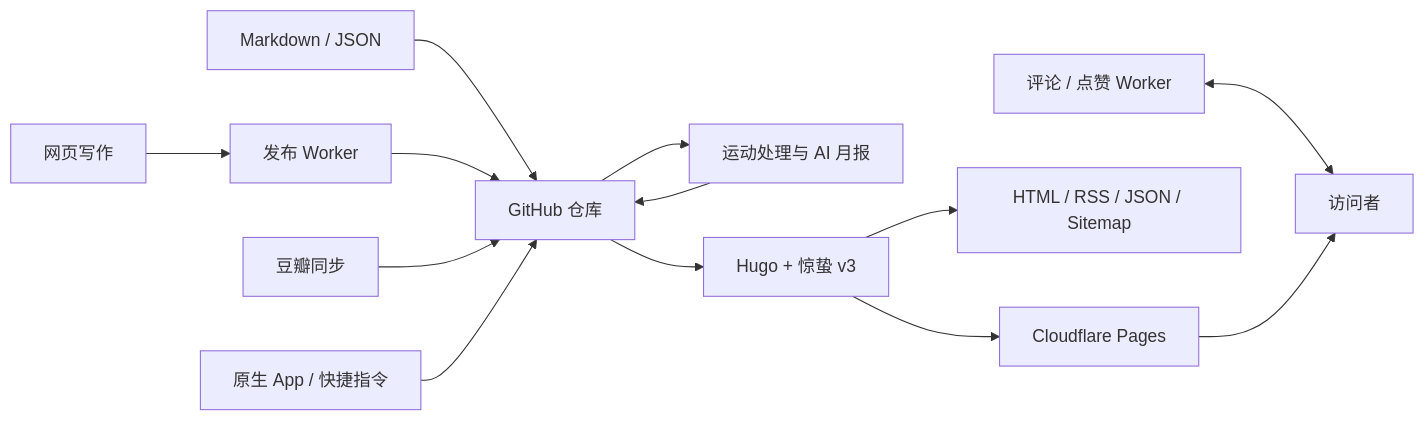
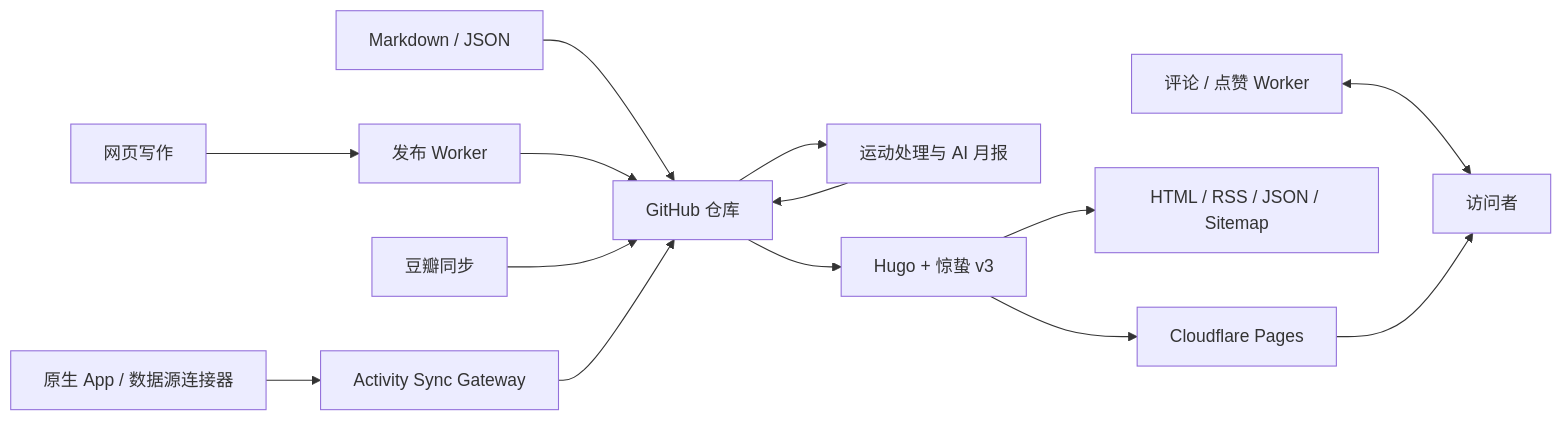
Before and after one commit to koobai/blog: the diagram in README.md, drawn with Mermaid. The commit also changed other lines of this file and 8 other files, not shown here.

Commit message:
docs: explain activity sync deployment

````diff
--- a/README.md
+++ b/README.md
@@ -46,15 +46,16 @@
 ```mermaid
 flowchart LR
     A["Markdown / JSON"] --> R["GitHub 仓库"]
     B["网页写作"] --> W["发布 Worker"]
     W --> R
     C["豆瓣同步"] --> R
-    D["原生 App / 快捷指令"] --> R
+    D["原生 App / 数据源连接器"] --> ASW["Activity Sync Gateway"]
+    ASW --> R
     R --> P["运动处理与 AI 月报"]
     P --> R
     R --> H["Hugo + 惊蛰 v3"]
     H --> CF["Cloudflare Pages"]
     H --> O["HTML / RSS / JSON / Sitemap"]
     E["评论 / 点赞 Worker"] <--> V["访问者"]
     CF --> V
 ```
````
